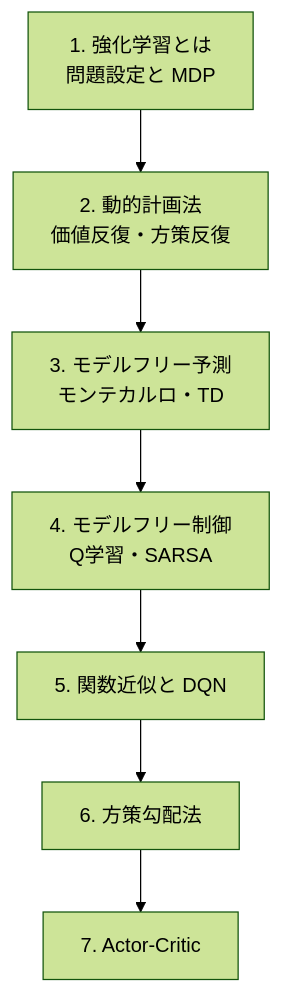
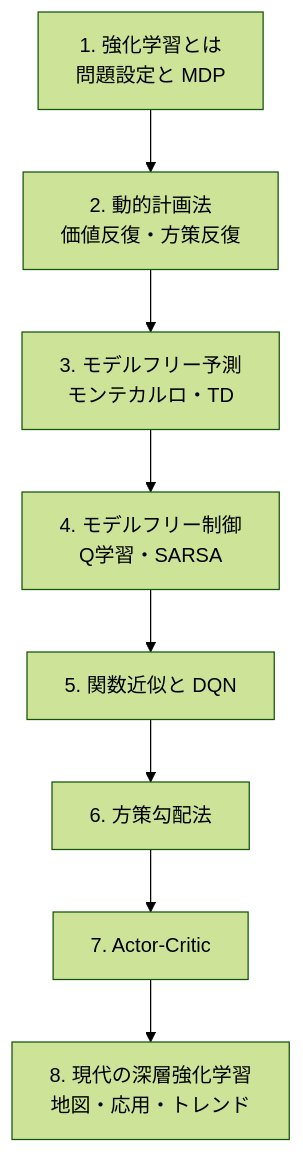
Before and after one commit to ksterx/textbook: the diagram in src/pages/reinforcement-learning/index.md, drawn with Mermaid (forest theme). The commit also changed other lines of this file and 8 other files, not shown here.

First line of the commit message:
非audioを最新研究・トレンド・図で強化（新規3章＋地図3章増補）

````diff
--- a/src/pages/reinforcement-learning/index.md
+++ b/src/pages/reinforcement-learning/index.md
@@ -34,9 +34,10 @@
 ```mermaid
 flowchart TD
   C1[1. 強化学習とは<br/>問題設定と MDP] --> C2[2. 動的計画法<br/>価値反復・方策反復]
   C2 --> C3[3. モデルフリー予測<br/>モンテカルロ・TD]
   C3 --> C4[4. モデルフリー制御<br/>Q学習・SARSA]
   C4 --> C5[5. 関数近似と DQN]
   C5 --> C6[6. 方策勾配法]
   C6 --> C7[7. Actor-Critic]
+  C7 --> C8[8. 現代の深層強化学習<br/>地図・応用・トレンド]
 ```
````
